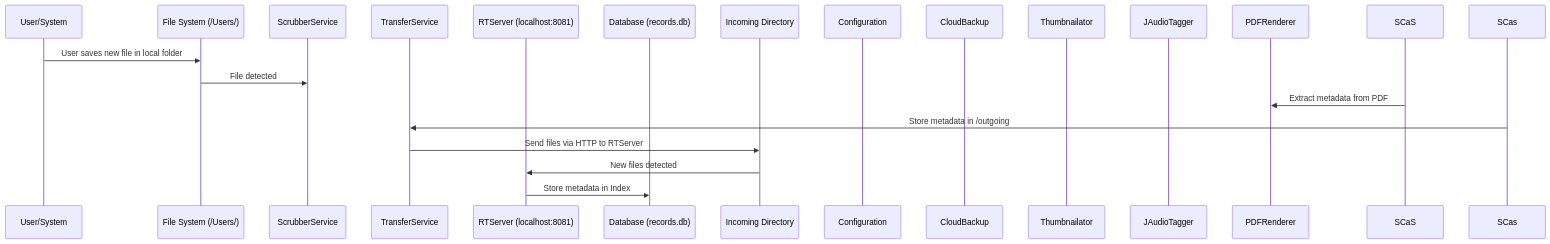
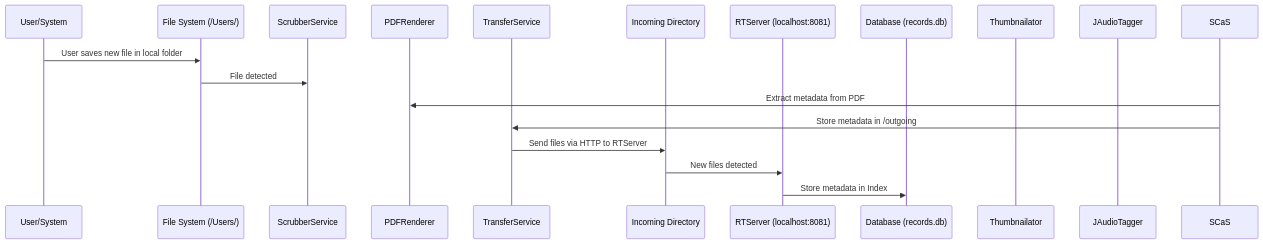
Before and after one commit to sync-different/alt-core-docs: the diagram in Mainflow.md, drawn with Mermaid.

````diff
--- a/Mainflow.md
+++ b/Mainflow.md
@@ -1,24 +1,22 @@
 ```mermaid
 sequenceDiagram
     participant User as User/System
     participant FS as File System (/Users/)
     participant ScaS as ScrubberService
+    participant PDF as PDFRenderer
     participant TS as TransferService
+    participant Incoming as Incoming Directory
     participant RT as RTServer (localhost:8081)
     participant DB as Database (records.db)
-    participant Incoming as Incoming Directory
-    participant Config as Configuration
-    participant CB as CloudBackup
     participant Thumb as Thumbnailator
     participant Audio as JAudioTagger
-    participant PDF as PDFRenderer
 
     User->>FS: User saves new file in local folder
 	 FS->>ScaS: File detected
 	 SCaS->>PDF: Extract metadata from PDF
-	 SCas->>TS: Store metadata in /outgoing
+	 SCaS->>TS: Store metadata in /outgoing
 	 TS->>Incoming: Send files via HTTP to RTServer
 	 Incoming->>RT: New files detected
 	 RT->>DB: Store metadata in Index
     
 ```
````
